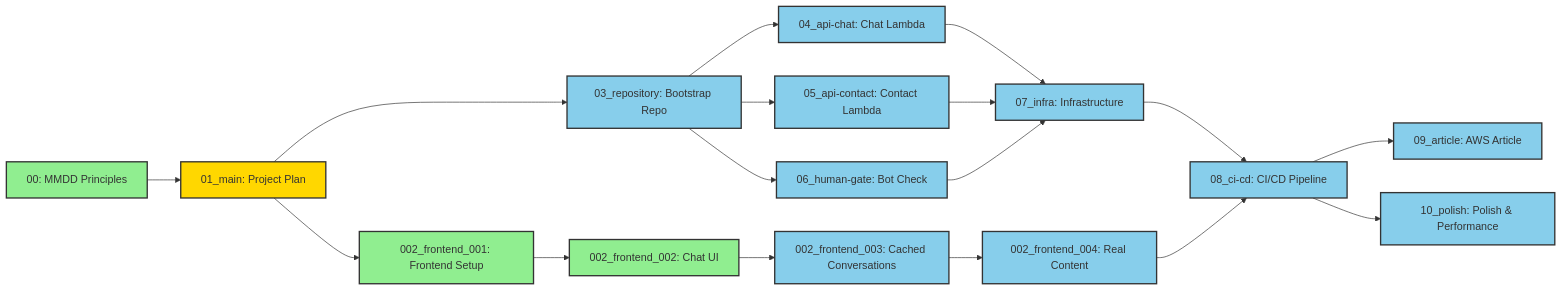
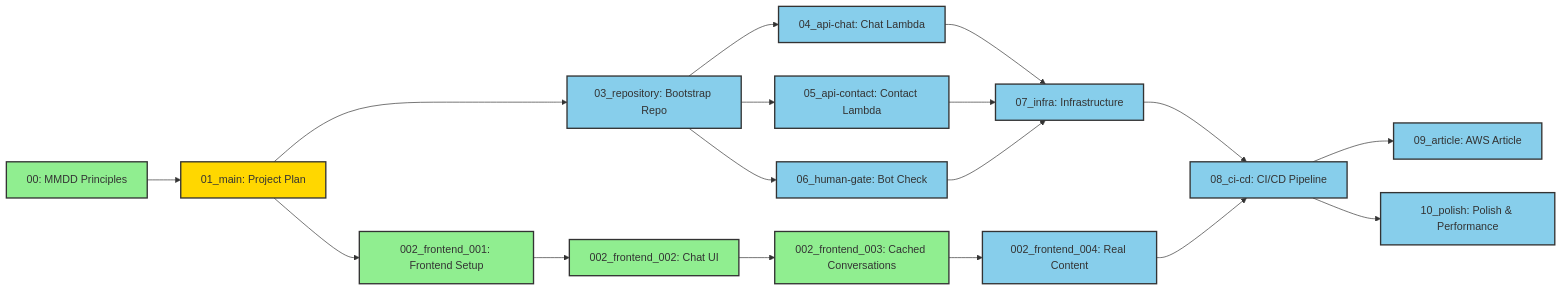
One commit to robertoallende/allende changed the diagram in dev_log/status.mmd. Above: the diagram before and after it, drawn with Mermaid. The commit also changed 12 other files, not shown here.

```diff
--- a/dev_log/status.mmd
+++ b/dev_log/status.mmd
@@ -1,41 +1,41 @@
 %%{init: {'theme':'base', 'themeVariables': {'primaryColor': '#ffffff', 'primaryTextColor': '#333', 'primaryBorderColor': '#333', 'lineColor': '#333', 'secondaryColor': '#f0f0f0', 'tertiaryColor': '#f0f0f0', 'background': '#e8e8e8', 'mainBkg': '#e8e8e8', 'secondBkg': '#e8e8e8'}}}%%
 flowchart LR
     U00["00: MMDD Principles"]
     U01["01_main: Project Plan"]
     U002_001["002_frontend_001: Frontend Setup"]
     U002_002["002_frontend_002: Chat UI"]
     U002_003["002_frontend_003: Cached Conversations"]
     U002_004["002_frontend_004: Real Content"]
     U03["03_repository: Bootstrap Repo"]
     U04["04_api-chat: Chat Lambda"]
     U05["05_api-contact: Contact Lambda"]
     U06["06_human-gate: Bot Check"]
     U07["07_infra: Infrastructure"]
     U08["08_ci-cd: CI/CD Pipeline"]
     U09["09_article: AWS Article"]
     U10["10_polish: Polish & Performance"]
 
     U00 --> U01
     U01 --> U002_001
     U002_001 --> U002_002
     U002_002 --> U002_003
     U002_003 --> U002_004
     U01 --> U03
     U03 --> U04
     U03 --> U05
     U03 --> U06
     U04 --> U07
     U05 --> U07
     U06 --> U07
     U07 --> U08
     U002_004 --> U08
     U08 --> U09
     U08 --> U10
 
     classDef completed fill:#90EE90,stroke:#333,stroke-width:2px
     classDef inProgress fill:#FFD700,stroke:#333,stroke-width:2px
     classDef planned fill:#87CEEB,stroke:#333,stroke-width:2px
 
-    class U00,U002_001,U002_002 completed
+    class U00,U002_001,U002_002,U002_003 completed
     class U01 inProgress
-    class U002_003,U002_004,U03,U04,U05,U06,U07,U08,U09,U10 planned
+    class U002_004,U03,U04,U05,U06,U07,U08,U09,U10 planned
```
